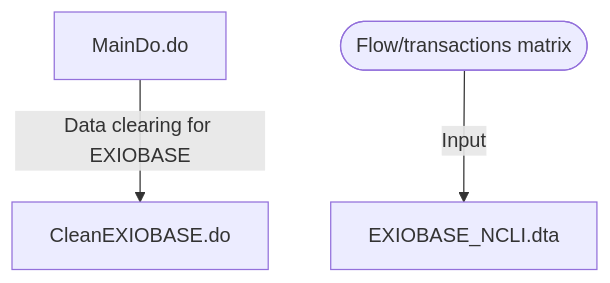
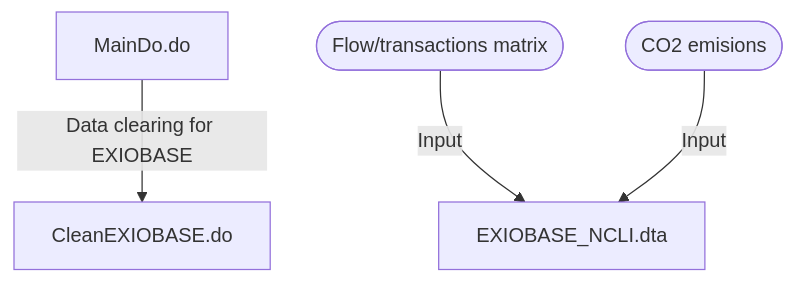
One commit to AkariOno/Trade_Carbon changed the diagram in README.md. Above: the diagram before and after it, drawn with Mermaid.

````diff
--- a/README.md
+++ b/README.md
@@ -17,5 +17,6 @@
 ```mermaid
 graph TD;
     A[MainDo.do] --> |Data clearing for EXIOBASE|B[CleanEXIOBASE.do]
     C([Flow/transactions matrix]) --> |Input|D[EXIOBASE_NCLI.dta]
+    E([CO2 emisions]) --> |Input|D
 ```
````
